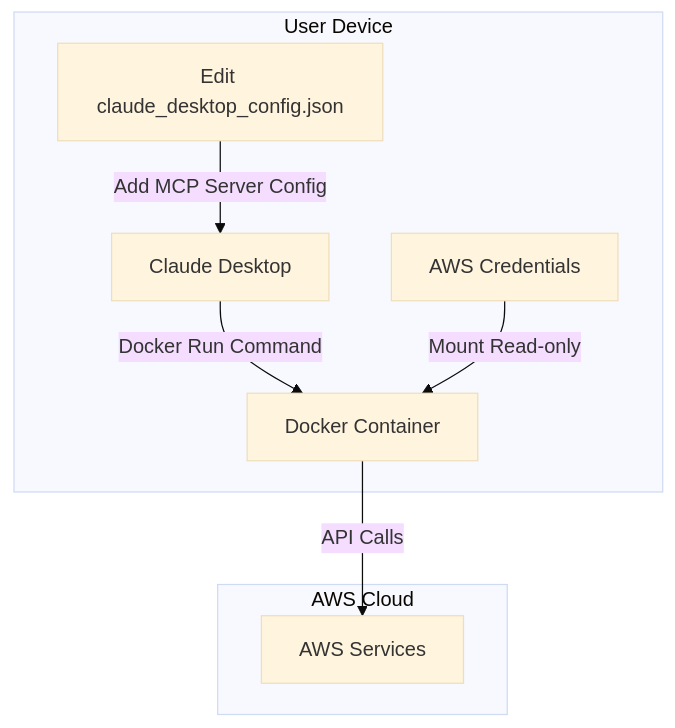
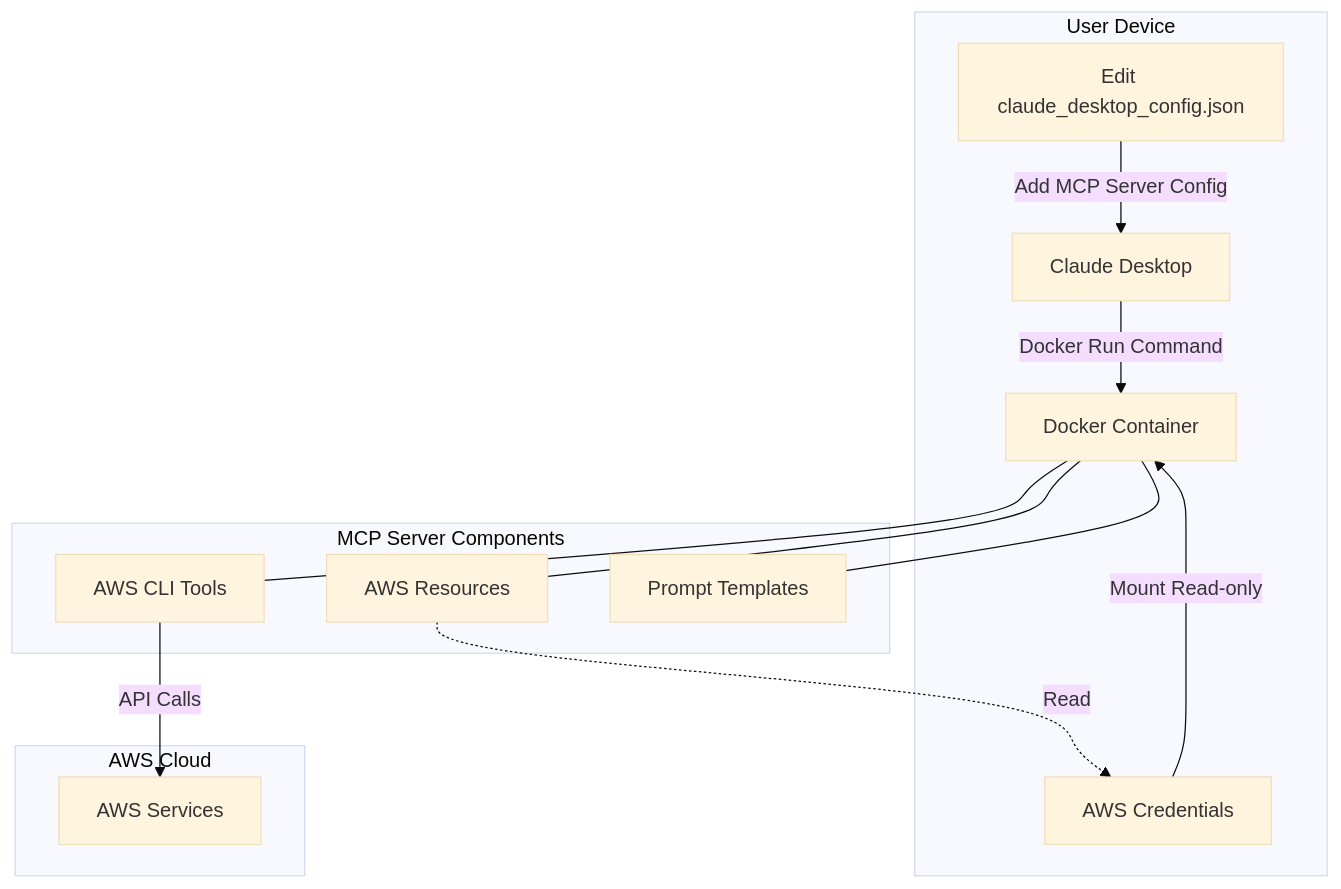
Before and after one commit to codeWithUtkarsh/aws-mcp-server: the second of 2 diagrams in README.md, drawn with Mermaid (base theme). The commit also changed other lines of this file and 1 other file, not shown here.

Commit message:
add detailed AWS region information and resource access methods

````diff
--- a/README.md
+++ b/README.md
@@ -150,18 +151,28 @@
 ```mermaid
 flowchart TD
     subgraph "User Device"
         config[Edit claude_desktop_config.json]
         claude[Claude Desktop]
         docker[Docker Container]
         aws_creds[AWS Credentials]
     end
     
     subgraph "AWS Cloud"
         services[AWS Services]
     end
     
+    subgraph "MCP Server Components"
+        tools[AWS CLI Tools]
+        resources[AWS Resources]
+        templates[Prompt Templates]
+    end
+    
     config -->|Add MCP Server Config| claude
     claude -->|Docker Run Command| docker
+    docker --- tools
+    docker --- resources
+    docker --- templates
     aws_creds -->|Mount Read-only| docker
-    docker -->|API Calls| services
+    resources -.->|Read| aws_creds
+    tools -->|API Calls| services
 ```
````
